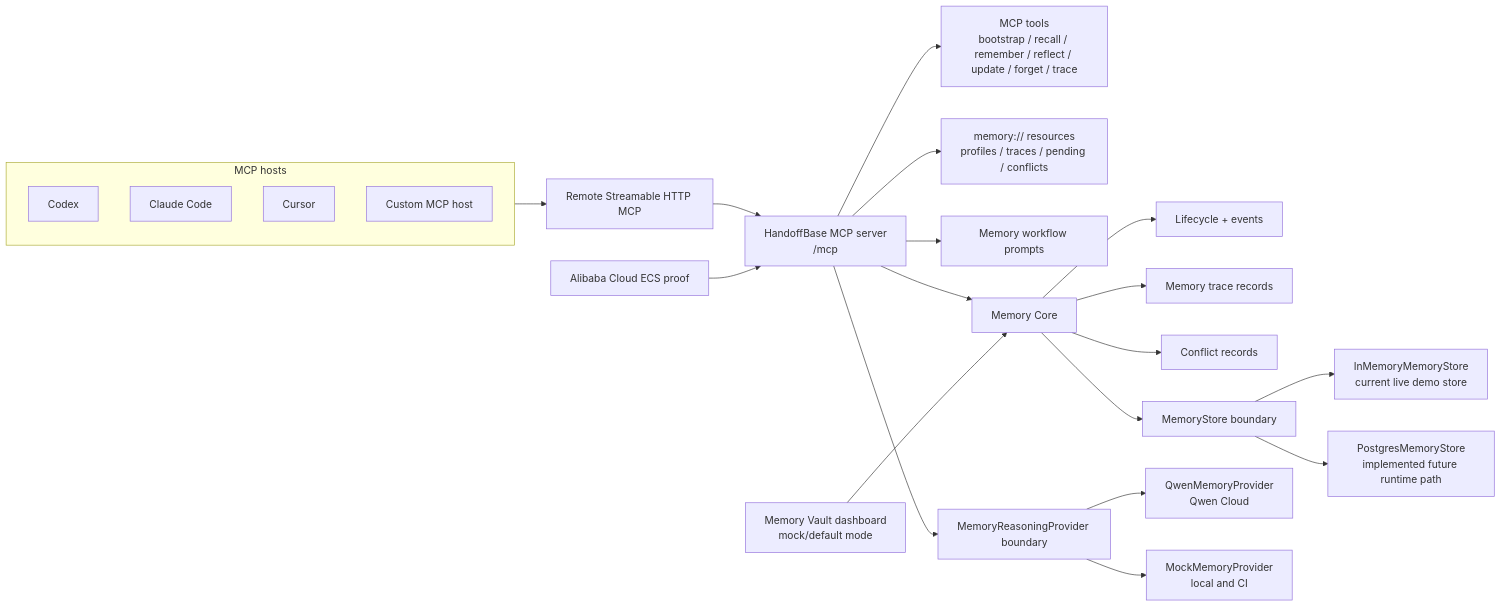
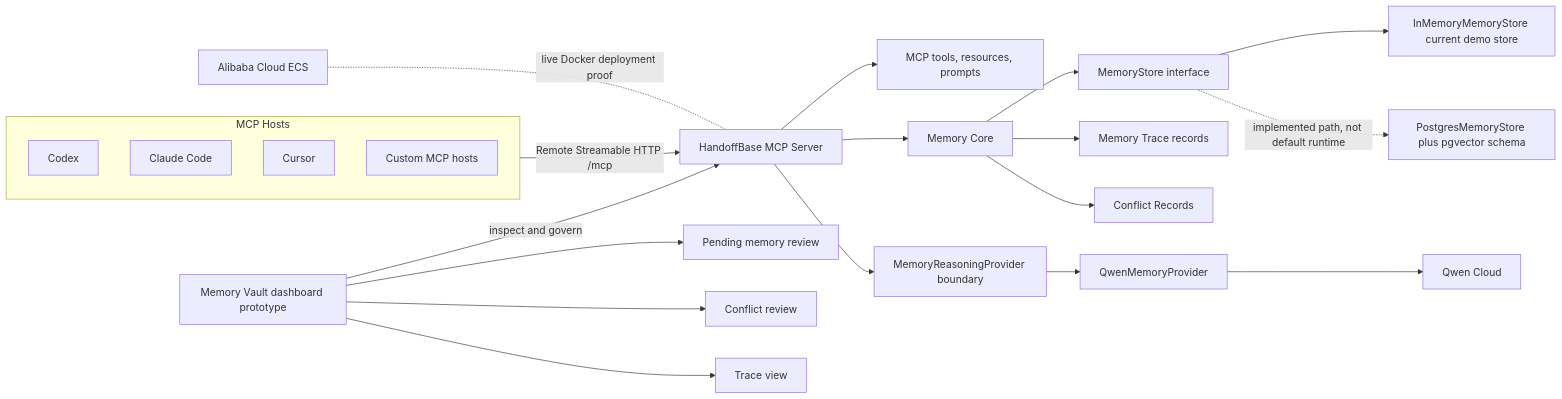
One commit to jensonChow/handoffbase changed the diagram in docs/assets/architecture.mmd. Above: the diagram before and after it, drawn with Mermaid. The commit also changed 25 other files, not shown here.

```diff
--- a/docs/assets/architecture.mmd
+++ b/docs/assets/architecture.mmd
@@ -1,30 +1,29 @@
 flowchart LR
-  subgraph Hosts["MCP hosts"]
+  subgraph Hosts["MCP Hosts"]
     Codex["Codex"]
     Claude["Claude Code"]
     Cursor["Cursor"]
-    Custom["Custom MCP host"]
+    Custom["Custom MCP hosts"]
   end
 
-  Hosts --> Transport["Remote Streamable HTTP MCP"]
-  Transport --> Server["HandoffBase MCP server\n/mcp"]
+  Hosts -->|Remote Streamable HTTP /mcp| Server["HandoffBase MCP Server"]
+  ECS["Alibaba Cloud ECS"] -. "live Docker deployment proof" .- Server
 
-  Server --> Tools["MCP tools\nbootstrap / recall / remember / reflect / update / forget / trace"]
-  Server --> Resources["memory:// resources\nprofiles / traces / pending / conflicts"]
-  Server --> Prompts["Memory workflow prompts"]
+  Server --> Tools["MCP tools, resources, prompts"]
+  Server --> Core["Memory Core"]
+  Server --> ProviderBoundary["MemoryReasoningProvider boundary"]
 
-  Server --> Core["Memory Core"]
-  Core --> Lifecycle["Lifecycle + events"]
-  Core --> Trace["Memory trace records"]
-  Core --> Conflict["Conflict records"]
+  ProviderBoundary --> QwenProvider["QwenMemoryProvider"]
+  QwenProvider --> QwenCloud["Qwen Cloud"]
 
-  Core --> Store["MemoryStore boundary"]
-  Store --> InMemory["InMemoryMemoryStore\ncurrent live demo store"]
-  Store --> Postgres["PostgresMemoryStore\nimplemented future runtime path"]
+  Core --> Store["MemoryStore interface"]
+  Store --> InMemory["InMemoryMemoryStore current demo store"]
+  Store -. "implemented path, not default runtime" .-> Postgres["PostgresMemoryStore plus pgvector schema"]
 
-  Server --> ProviderBoundary["MemoryReasoningProvider boundary"]
-  ProviderBoundary --> Qwen["QwenMemoryProvider\nQwen Cloud"]
-  ProviderBoundary --> Mock["MockMemoryProvider\nlocal and CI"]
+  Core --> Trace["Memory Trace records"]
+  Core --> Conflicts["Conflict Records"]
 
-  Dashboard["Memory Vault dashboard\nmock/default mode"] --> Core
-  ECS["Alibaba Cloud ECS proof"] --> Server
+  Dashboard["Memory Vault dashboard prototype"] -->|inspect and govern| Server
+  Dashboard --> Pending["Pending memory review"]
+  Dashboard --> ConflictReview["Conflict review"]
+  Dashboard --> TraceView["Trace view"]
```
